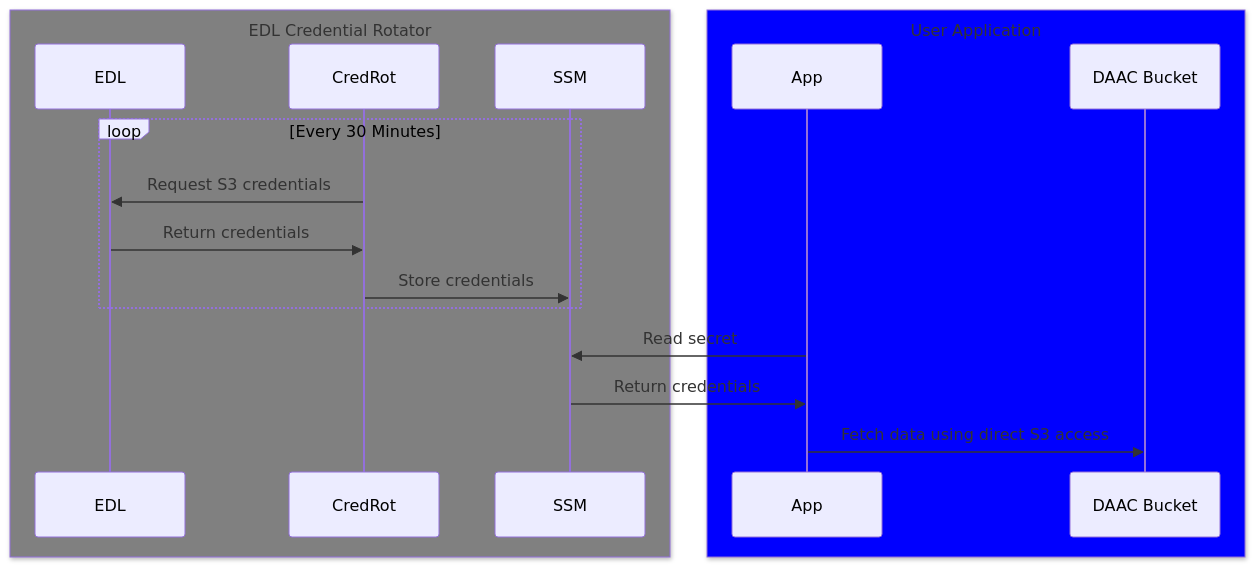
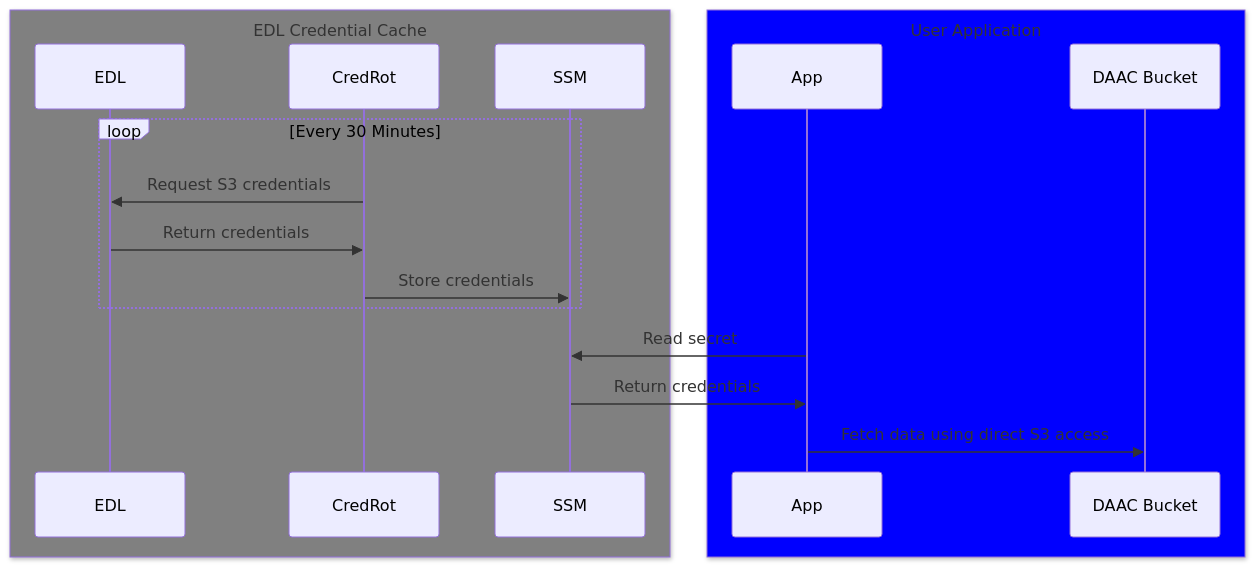
One commit to ceholden/edl-credential-rotation changed the diagram in README.md. Above: the diagram before and after it, drawn with Mermaid. The commit also changed other lines of this file and 2 other files, not shown here.

````diff
--- a/README.md
+++ b/README.md
@@ -16,23 +64,23 @@
 ```mermaid
 sequenceDiagram
-    box Grey EDL Credential Rotator
+    box Grey EDL Credential Cache
     participant EDL
     participant CredRot
     participant SSM
     end
 
     box Blue User Application
     participant App
     participant Bucket as DAAC Bucket
     end
 
     loop Every 30 Minutes
         CredRot->>EDL: Request S3 credentials
         EDL->>CredRot: Return credentials
         CredRot->>SSM: Store credentials
     end
 
     App->>SSM: Read secret
     SSM->>App: Return credentials
     App->>Bucket: Fetch data using direct S3 access
 ```
````
